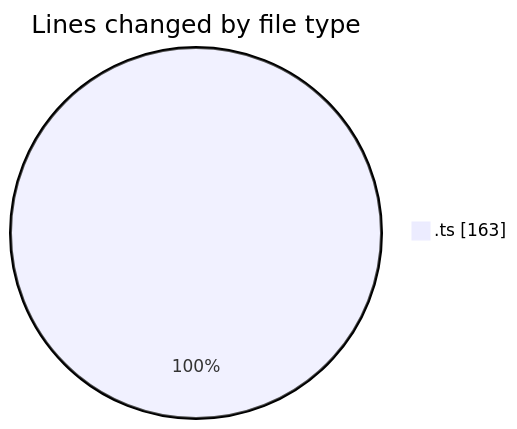
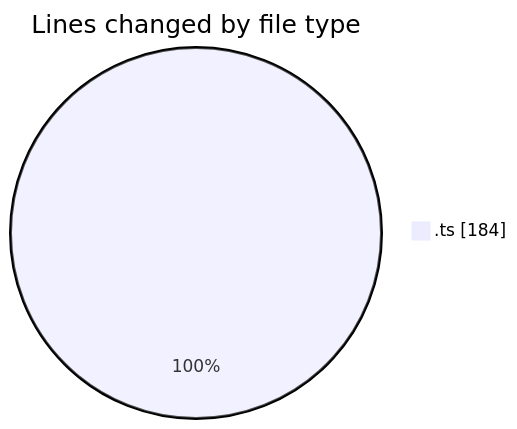
Before and after one commit to momahboobian/code-tracking: the first of 2 diagrams in 2025-08-01/cda/README.md, drawn with Mermaid. The commit also changed other lines of this file and 1 other file, not shown here.

````diff
--- a/2025-08-01/cda/README.md
+++ b/2025-08-01/cda/README.md
@@ -20,5 +20,5 @@
 ```mermaid
 pie showData
 title Lines changed by file type
-".ts" : 163
+".ts" : 184
 ```
````
